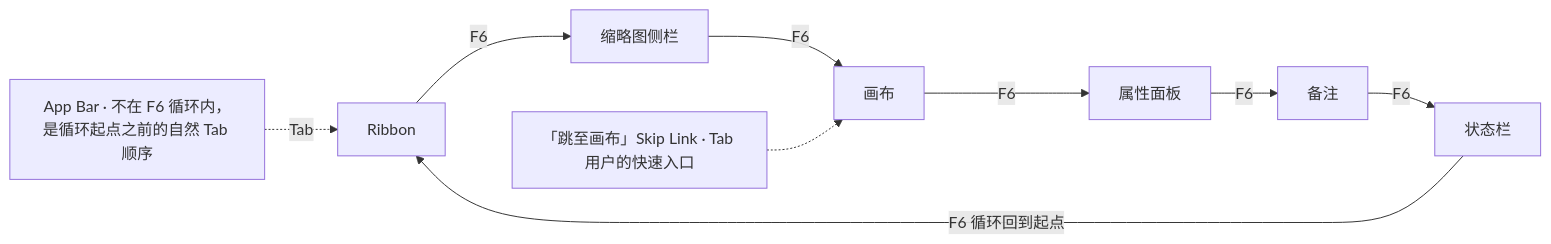
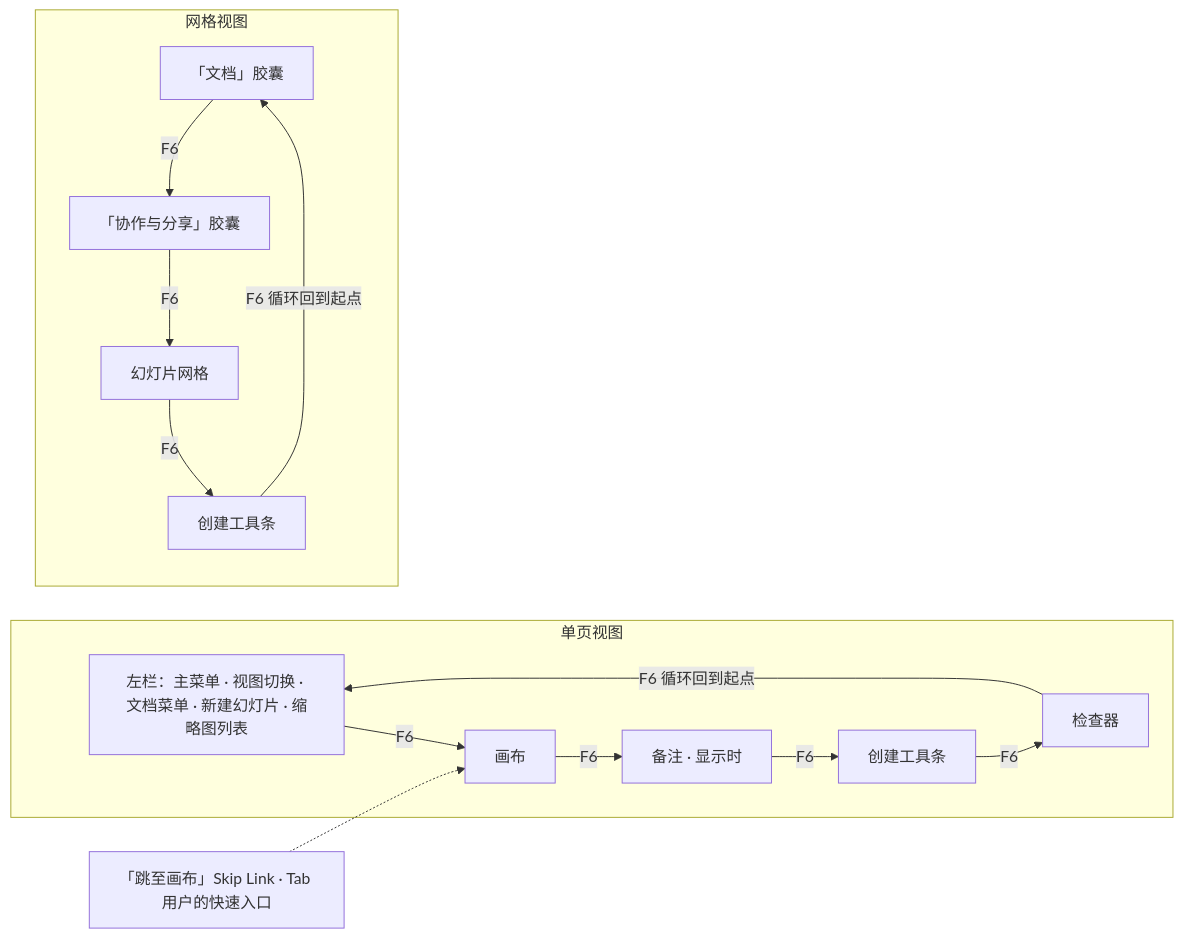
The first of 5 diagrams in docs/20-design/07-accessibility-and-i18n.md (Xeonice/cordis-ppt-editor), drawn with Mermaid before and after one commit. The commit also changed other lines of this file and 44 other files, not shown here.

````diff
--- a/docs/20-design/07-accessibility-and-i18n.md
+++ b/docs/20-design/07-accessibility-and-i18n.md
@@ -15,15 +15,22 @@
 ```mermaid
 flowchart LR
-  appbar["App Bar · 不在 F6 循环内，是循环起点之前的自然 Tab 顺序"]
-  ribbon["Ribbon"]
-  rail["缩略图侧栏"]
-  canvas["画布"]
-  props["属性面板"]
-  notes["备注"]
-  status["状态栏"]
+  subgraph single["单页视图"]
+    rail["左栏：主菜单 · 视图切换 · 文档菜单 · 新建幻灯片 · 缩略图列表"]
+    canvas["画布"]
+    notes["备注 · 显示时"]
+    tbar["创建工具条"]
+    insp["检查器"]
+  end
+  subgraph grid["网格视图"]
+    capL["「文档」胶囊"]
+    capR["「协作与分享」胶囊"]
+    gridArea["幻灯片网格"]
+    tbar2["创建工具条"]
+  end
   skip["「跳至画布」Skip Link · Tab 用户的快速入口"]
-  appbar -.->|"Tab"| ribbon
-  ribbon -->|"F6"| rail -->|"F6"| canvas -->|"F6"| props -->|"F6"| notes -->|"F6"| status
-  status -->|"F6 循环回到起点"| ribbon
+  rail -->|"F6"| canvas -->|"F6"| notes -->|"F6"| tbar -->|"F6"| insp
+  insp -->|"F6 循环回到起点"| rail
+  capL -->|"F6"| capR -->|"F6"| gridArea -->|"F6"| tbar2
+  tbar2 -->|"F6 循环回到起点"| capL
   skip -.-> canvas
 ```
````
